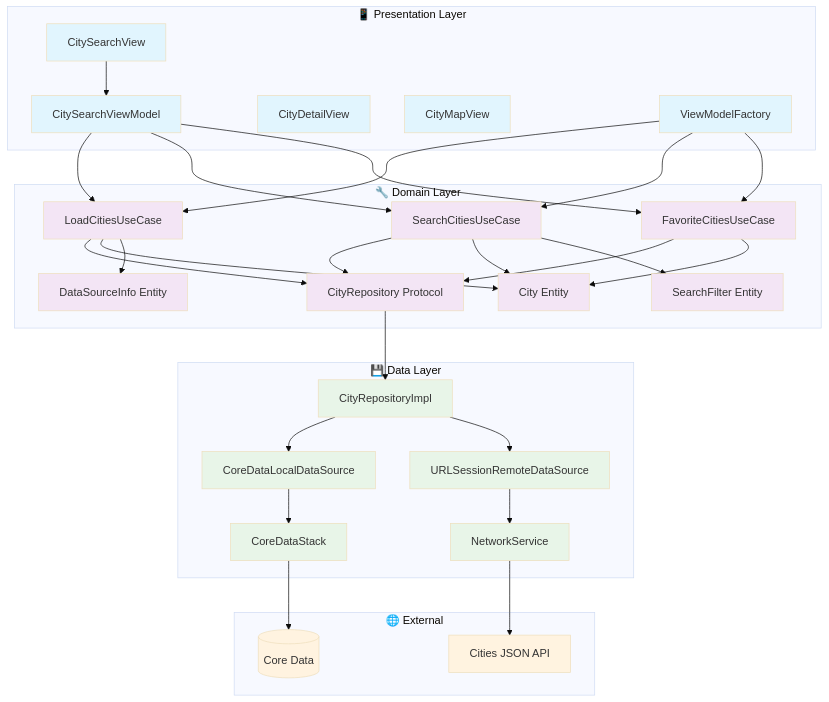
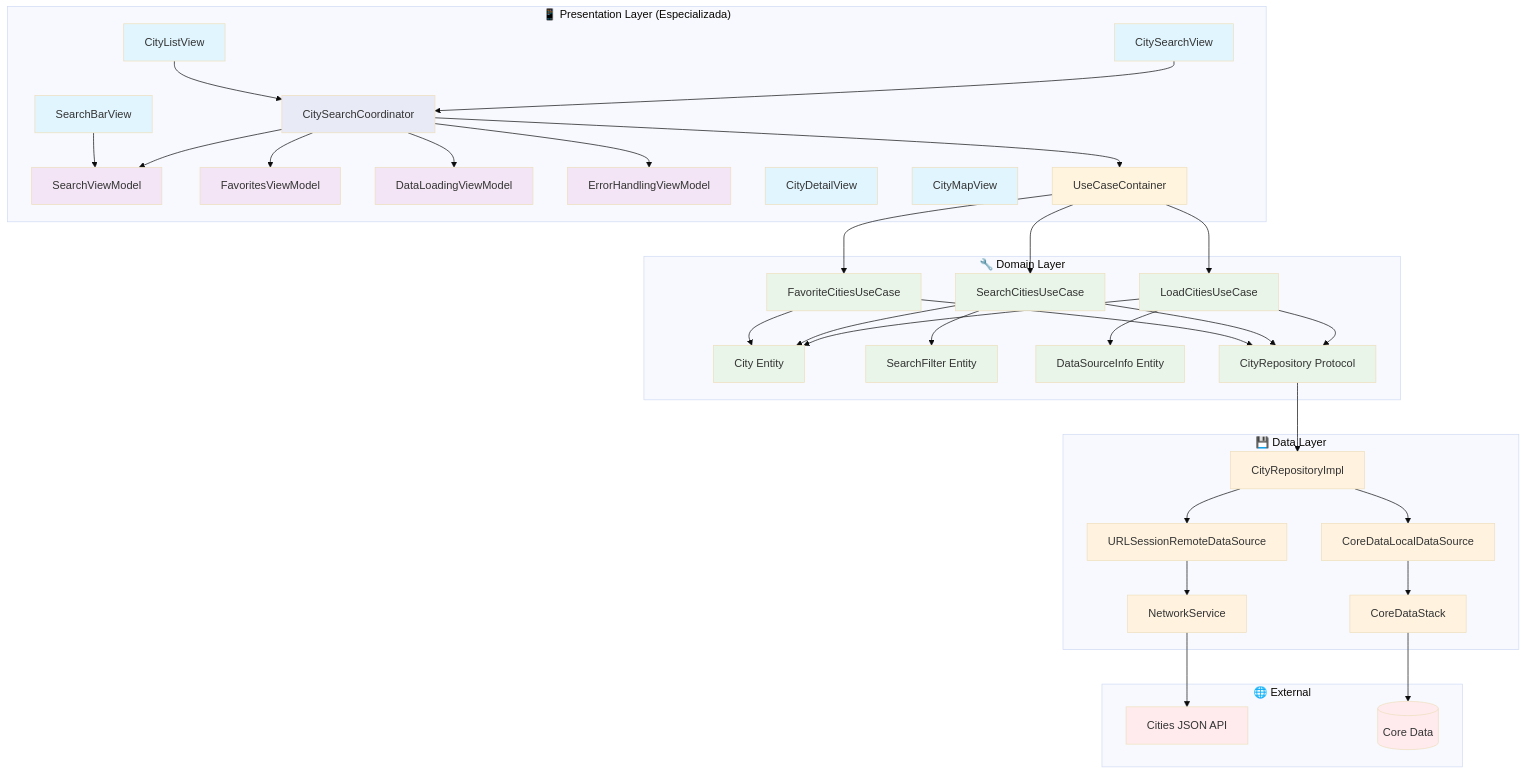
Before and after one commit to mperugini/ualaCities: the first of 7 diagrams in ARCHITECTURE_DIAGRAMS.md, drawn with Mermaid (base theme). The commit also changed other lines of this file and 1 other file, not shown here.

````diff
--- a/ARCHITECTURE_DIAGRAMS.md
+++ b/ARCHITECTURE_DIAGRAMS.md
@@ -7,11 +7,17 @@
 ```mermaid
 graph TB
-    subgraph "📱 Presentation Layer"
+    subgraph "📱 Presentation Layer (Especializada)"
         V[CitySearchView]
-        VM[CitySearchViewModel]
+        COORD[CitySearchCoordinator]
+        SVM[SearchViewModel]
+        FVM[FavoritesViewModel]
+        DVM[DataLoadingViewModel]
+        EVM[ErrorHandlingViewModel]
+        SBV[SearchBarView]
+        CLV[CityListView]
         DV[CityDetailView]
         MV[CityMapView]
-        F[ViewModelFactory]
+        UC[UseCaseContainer]
     end
     
     subgraph "🔧 Domain Layer"
@@ -37,14 +43,20 @@
         CD[(Core Data)]
     end
     
-    %% Presentation Dependencies
-    V --> VM
-    VM --> UC1
-    VM --> UC2
-    VM --> UC3
-    F --> UC1
-    F --> UC2
-    F --> UC3
+    %% Presentation Dependencies (Refactorizada)
+    V --> COORD
+    COORD --> SVM
+    COORD --> FVM
+    COORD --> DVM
+    COORD --> EVM
+    COORD --> UC
+    SBV --> SVM
+    CLV --> COORD
+    
+    %% Use Case Dependencies
+    UC --> UC1
+    UC --> UC2
+    UC --> UC3
     
     %% Domain Dependencies
     UC1 --> R
@@ -67,11 +79,15 @@
     
     %% Styling
     classDef presentation fill:#e1f5fe
-    classDef domain fill:#f3e5f5
-    classDef data fill:#e8f5e8
-    classDef external fill:#fff3e0
+    classDef coordinator fill:#e8eaf6
+    classDef viewmodel fill:#f3e5f5
+    classDef domain fill:#e8f5e8
+    classDef data fill:#fff3e0
+    classDef external fill:#ffebee
     
-    class V,VM,DV,MV,F presentation
+    class V,SBV,CLV,DV,MV presentation
+    class COORD coordinator
+    class SVM,FVM,DVM,EVM viewmodel
     class UC1,UC2,UC3,E1,E2,E3,R domain
     class RI,LDS,RDS,CS,NS data
     class API,CD external
````
